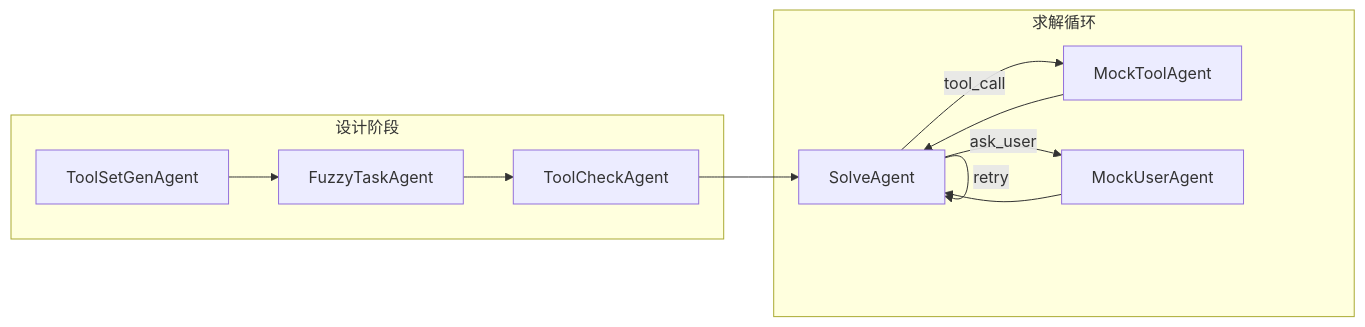
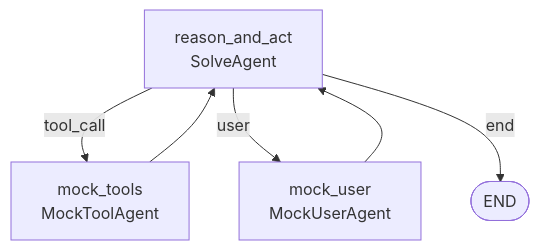
The second of 2 diagrams in README.md (Xavier-123/TraceSynth), drawn with Mermaid before and after one commit. The commit also changed other lines of this file, not shown here.

````diff
--- a/README.md
+++ b/README.md
@@ -28,15 +99,8 @@
 ```mermaid
-flowchart LR
-  subgraph design [设计阶段]
-    ToolSetGen[ToolSetGenAgent] --> FuzzyTask[FuzzyTaskAgent]
-    FuzzyTask --> ToolCheck[ToolCheckAgent]
-  end
-  subgraph solve [求解循环]
-    Solve[SolveAgent] -->|tool_call| MockTool[MockToolAgent]
-    Solve -->|ask_user| MockUser[MockUserAgent]
-    Solve -->|retry| Solve
-    MockTool --> Solve
-    MockUser --> Solve
-  end
-  ToolCheck --> Solve
+flowchart TD
+  Solve[reason_and_act<br/>SolveAgent] -->|tool_call| MockTool[mock_tools<br/>MockToolAgent]
+  Solve -->|user| MockUser[mock_user<br/>MockUserAgent]
+  Solve -->|end| Done([END])
+  MockTool --> Solve
+  MockUser --> Solve
 ```
````
